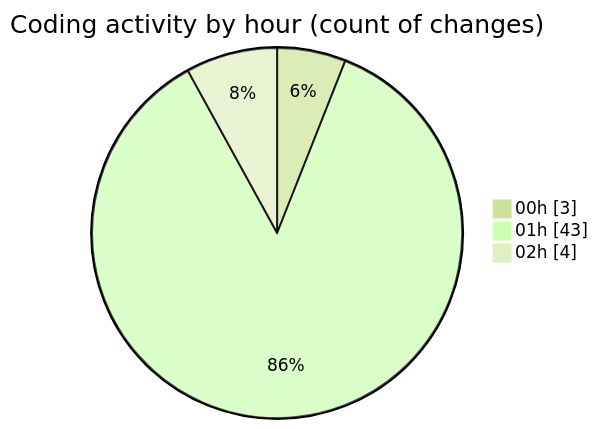
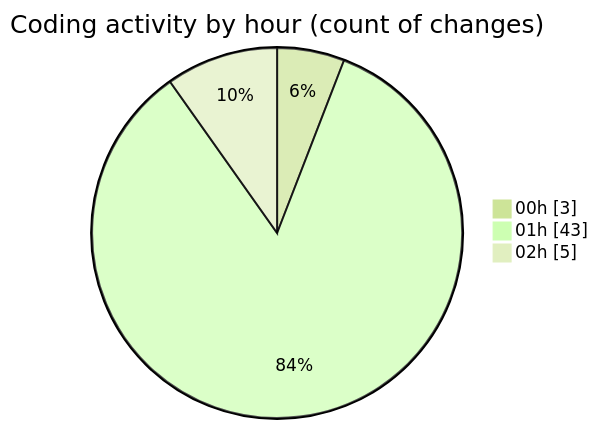
The second of 2 diagrams in 2025-10-02/oura-api/README.md (mevix1/code-tracking), drawn with Mermaid (forest theme) before and after one commit. The commit also changed other lines of this file and 1 other file, not shown here.

````diff
--- a/2025-10-02/oura-api/README.md
+++ b/2025-10-02/oura-api/README.md
@@ -72,7 +73,7 @@
 ```mermaid
 pie showData
 title Coding activity by hour (count of changes)
 "00h" : 3
 "01h" : 43
-"02h" : 4
+"02h" : 5
 ```
````
